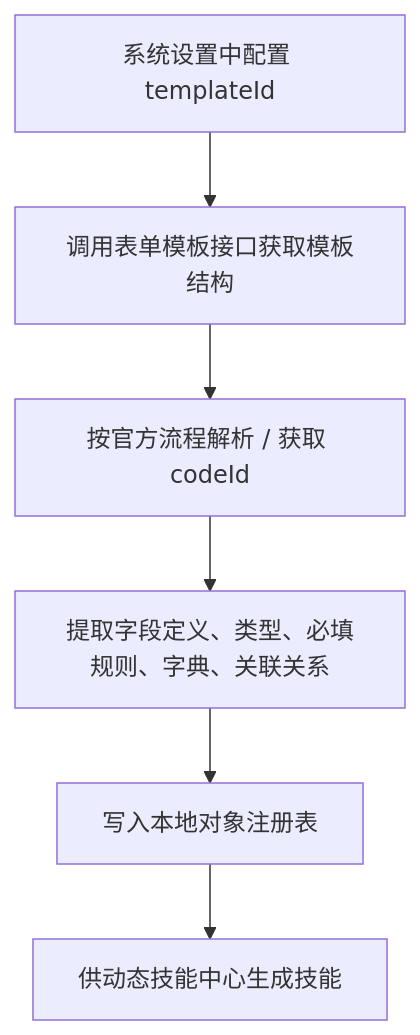
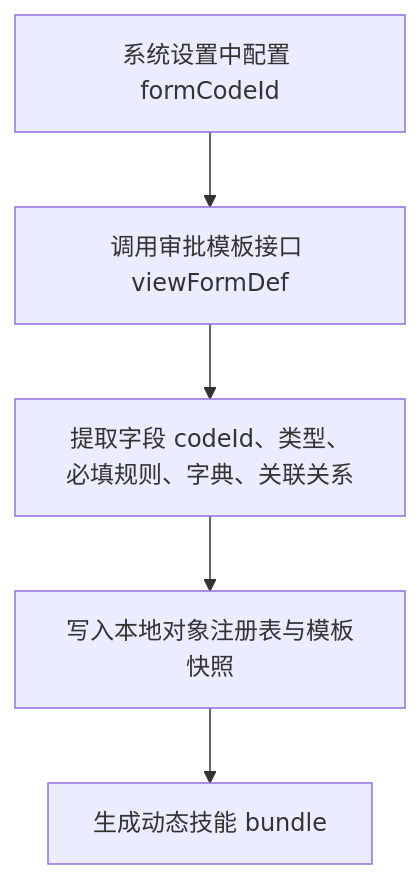
One commit to weeks1743/yzj-ai-crm changed the first of 2 diagrams in docs/02-影子系统与核心对象设计.md. Above: the diagram before and after it, drawn with Mermaid. The commit also changed other lines of this file and 72 other files, not shown here.

````diff
--- a/docs/02-影子系统与核心对象设计.md
+++ b/docs/02-影子系统与核心对象设计.md
@@ -74,8 +74,7 @@
 ```mermaid
 flowchart TD
-    A["系统设置中配置 templateId"] --> B["调用表单模板接口获取模板结构"]
-    B --> C["按官方流程解析 / 获取 codeId"]
-    C --> D["提取字段定义、类型、必填规则、字典、关联关系"]
-    D --> E["写入本地对象注册表"]
-    E --> F["供动态技能中心生成技能"]
+    A["系统设置中配置 formCodeId"] --> B["调用审批模板接口 viewFormDef"]
+    B --> C["提取字段 codeId、类型、必填规则、字典、关联关系"]
+    C --> D["写入本地对象注册表与模板快照"]
+    D --> E["生成动态技能 bundle"]
 ```
````
